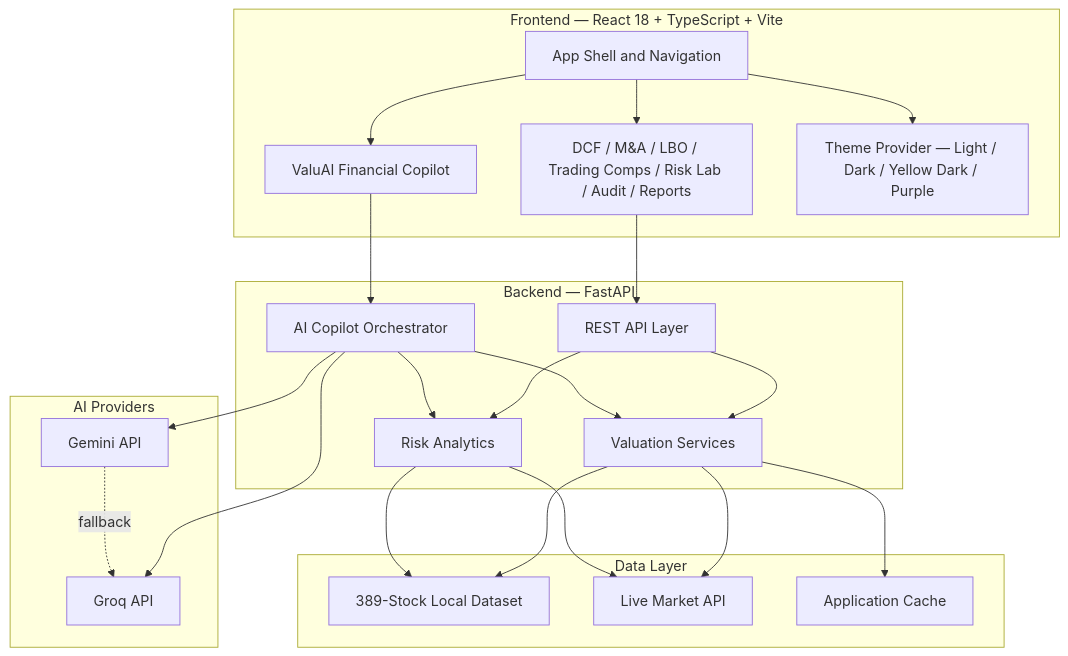
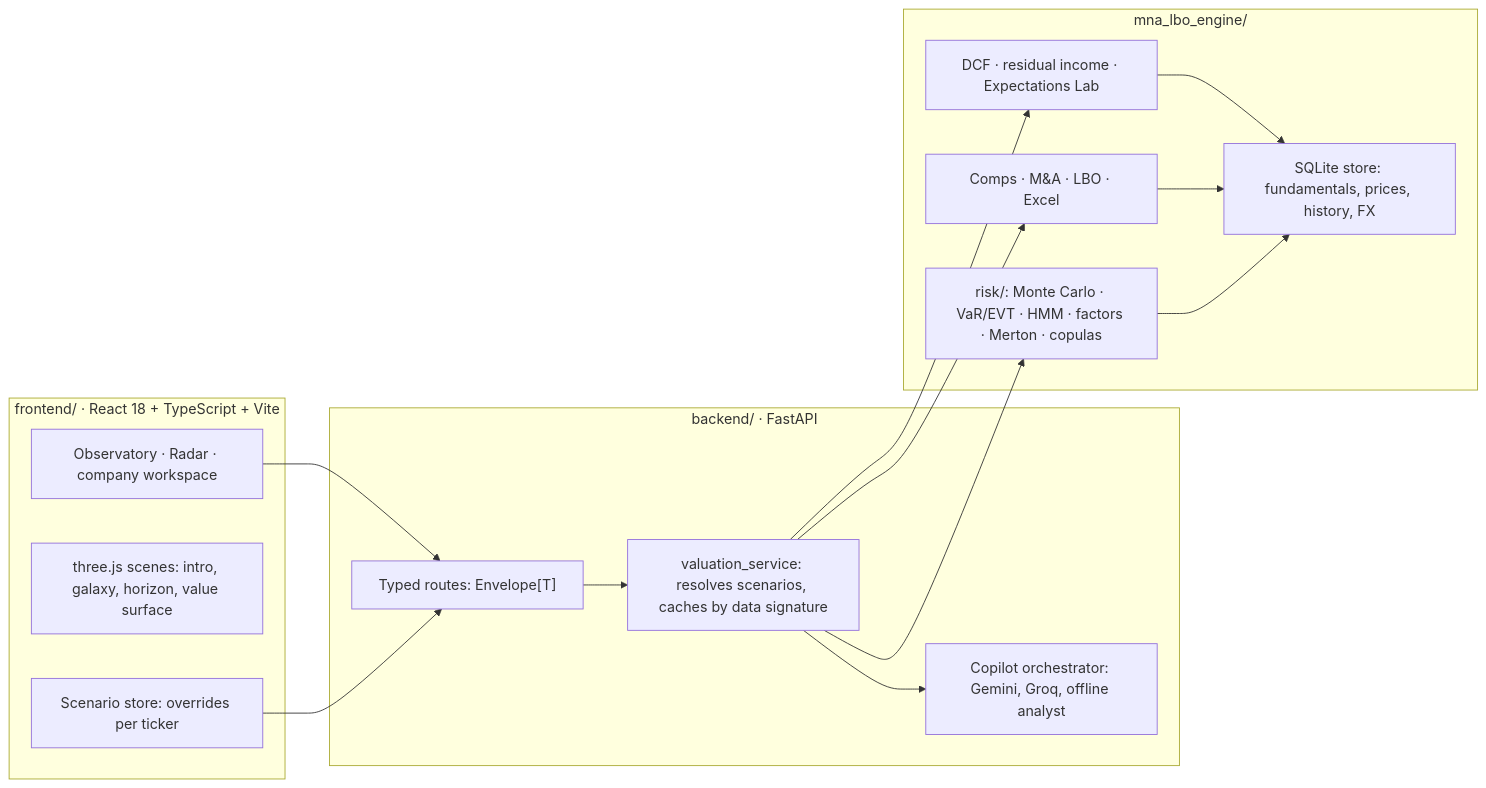
The diagram in README.md (kanikakataria75-ship-it/value-engine), drawn with Mermaid before and after one commit. The commit also changed other lines of this file and 221 other files, not shown here.

````diff
--- a/README.md
+++ b/README.md
@@ -98,50 +234,24 @@
 ```mermaid
-flowchart TB
-
-    subgraph Frontend["Frontend — React 18 + TypeScript + Vite"]
-        UI["App Shell and Navigation"]
-        Pages["DCF / M&A / LBO / Trading Comps / Risk Lab / Audit / Reports"]
-        Copilot["ValuAI Financial Copilot"]
-        Theme["Theme Provider — Light / Dark / Yellow Dark / Purple"]
-        
-        UI --> Pages
-        UI --> Copilot
-        UI --> Theme
-    end
-
-    subgraph Backend["Backend — FastAPI"]
-        API["REST API Layer"]
-        Services["Valuation Services"]
-        Risk["Risk Analytics"]
-        AI["AI Copilot Orchestrator"]
-    end
-
-    subgraph Data["Data Layer"]
-        Local["389-Stock Local Dataset"]
-        Live["Live Market API"]
-        Cache["Application Cache"]
-    end
-
-    subgraph AIProviders["AI Providers"]
-        Gemini["Gemini API"]
-        Groq["Groq API"]
-    end
-
-    Pages --> API
-    Copilot --> AI
-    API --> Services
-    API --> Risk
-
-    Services --> Local
-    Services --> Live
-    Services --> Cache
-    Risk --> Local
-    Risk --> Live
-
-    AI --> Services
-    AI --> Risk
-    AI --> Gemini
-    AI --> Groq
-
-    Gemini -. fallback .-> Groq
+flowchart LR
+  subgraph UI["frontend/ · React 18 + TypeScript + Vite"]
+    Pages["Observatory · Radar · company workspace"]
+    Three["three.js scenes: intro, galaxy, horizon, value surface"]
+    Scenario["Scenario store: overrides per ticker"]
+  end
+  subgraph API["backend/ · FastAPI"]
+    Routes["Typed routes: Envelope[T]"]
+    Service["valuation_service: resolves scenarios, caches by data signature"]
+    AI["Copilot orchestrator: Gemini, Groq, offline analyst"]
+  end
+  subgraph Engines["mna_lbo_engine/"]
+    Val["DCF · residual income · Expectations Lab"]
+    Deals["Comps · M&A · LBO · Excel"]
+    Risk["risk/: Monte Carlo · VaR/EVT · HMM · factors · Merton · copulas"]
+    Store["SQLite store: fundamentals, prices, history, FX"]
+  end
+  Pages --> Routes
+  Scenario --> Routes
+  Routes --> Service --> Val & Deals & Risk
+  Service --> AI
+  Val & Deals & Risk --> Store
 ```
````
